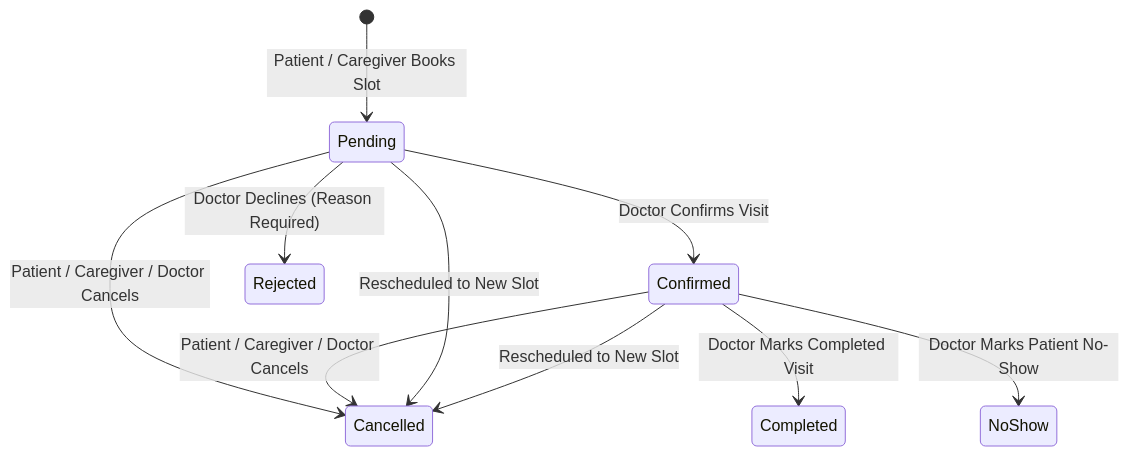
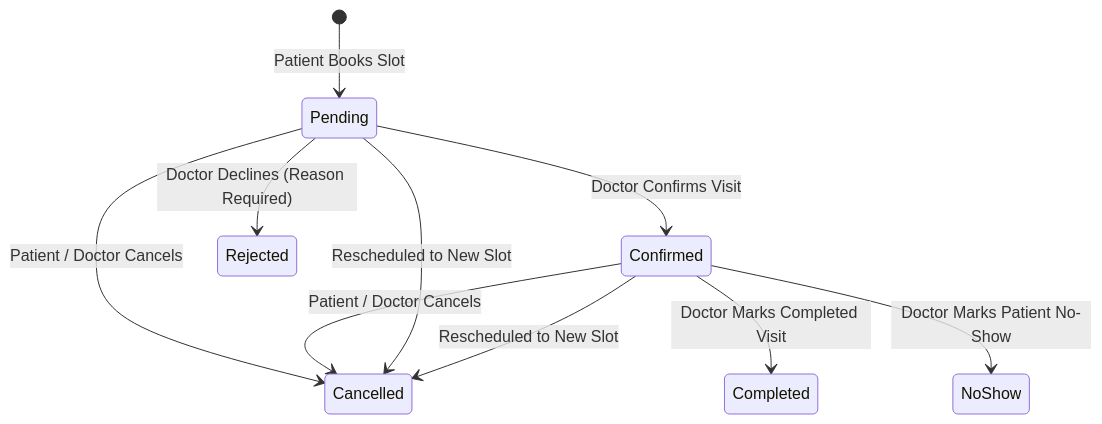
Before and after one commit to Raj-shukla-05/Hacksprint: the second of 2 diagrams in DOCTOR_APPOINTMENT_ARCHITECTURE.md, drawn with Mermaid. The commit also changed other lines of this file and 32 other files, not shown here.

````diff
--- a/DOCTOR_APPOINTMENT_ARCHITECTURE.md
+++ b/DOCTOR_APPOINTMENT_ARCHITECTURE.md
@@ -183,12 +181,12 @@
 ```mermaid
 stateDiagram-v2
-    [*] --> Pending : Patient / Caregiver Books Slot
+    [*] --> Pending : Patient Books Slot
     Pending --> Confirmed : Doctor Confirms Visit
     Pending --> Rejected : Doctor Declines (Reason Required)
-    Pending --> Cancelled : Patient / Caregiver / Doctor Cancels
-    Confirmed --> Cancelled : Patient / Caregiver / Doctor Cancels
+    Pending --> Cancelled : Patient / Doctor Cancels
+    Confirmed --> Cancelled : Patient / Doctor Cancels
     Confirmed --> Completed : Doctor Marks Completed Visit
     Confirmed --> NoShow : Doctor Marks Patient No-Show
     Pending --> Cancelled : Rescheduled to New Slot
     Confirmed --> Cancelled : Rescheduled to New Slot
 ```
````
